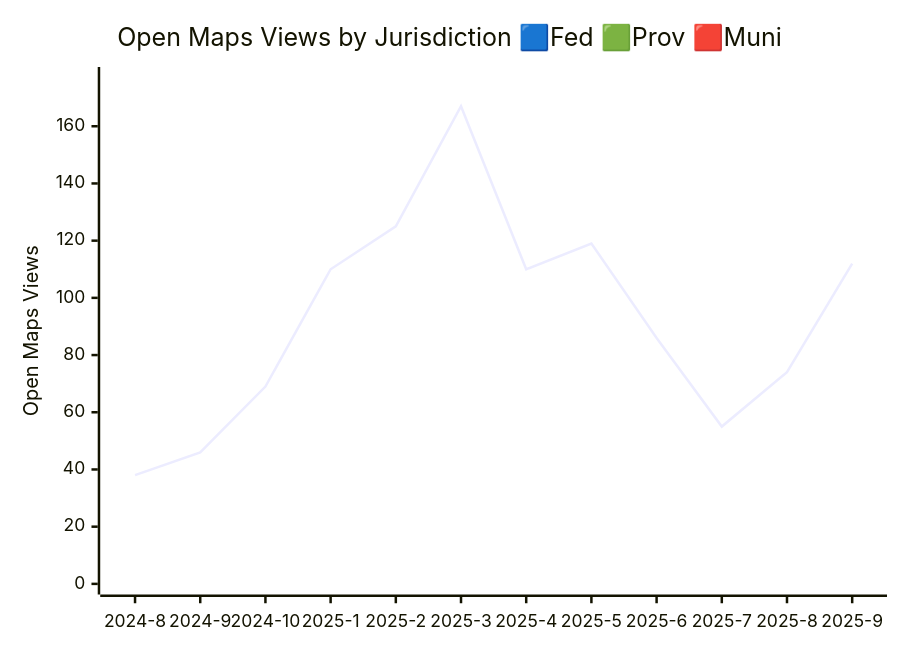
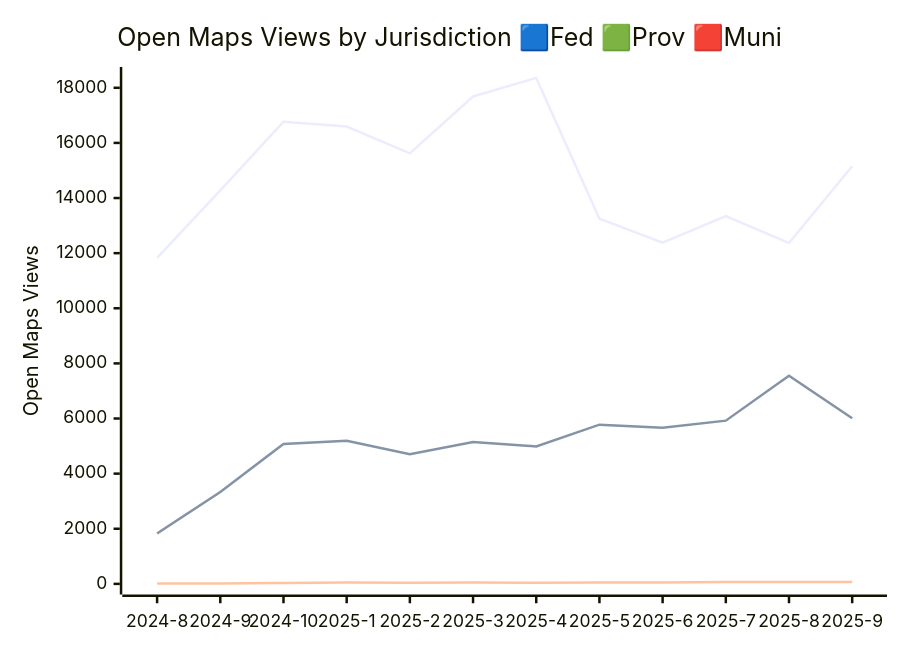
One commit to PatLittle/analytics-corporate-reporting changed the third of 3 diagrams in JURISDICTION_ANALYTICS_REPORT/readme.md. Above: the diagram before and after it, drawn with Mermaid. The commit also changed other lines of this file and 3 other files, not shown here.

````diff
--- a/JURISDICTION_ANALYTICS_REPORT/readme.md
+++ b/JURISDICTION_ANALYTICS_REPORT/readme.md
@@ -38,8 +40,10 @@
 ```mermaid
 
 xychart-beta
     title "Open Maps Views by Jurisdiction 🟦Fed 🟩Prov 🟥Muni"
     x-axis [2024-8, 2024-9, 2024-10, 2025-1, 2025-2, 2025-3, 2025-4, 2025-5, 2025-6, 2025-7, 2025-8, 2025-9]
-    y-axis "Open Maps Views" 0 --> 177
-    line [38, 46, 69, 110, 125, 167, 110, 119, 86, 55, 74, 112]
+    y-axis "Open Maps Views" 0 --> 18369
+    line [11826, 14281, 16769, 16596, 15623, 17686, 18359, 13250, 12379, 13343, 12366, 15153]
+    line [1830, 3333, 5076, 5195, 4702, 5150, 4987, 5777, 5663, 5922, 7554, 6008]
+    line [17, 14, 36, 52, 45, 47, 42, 52, 51, 71, 72, 68]
 ```
````
